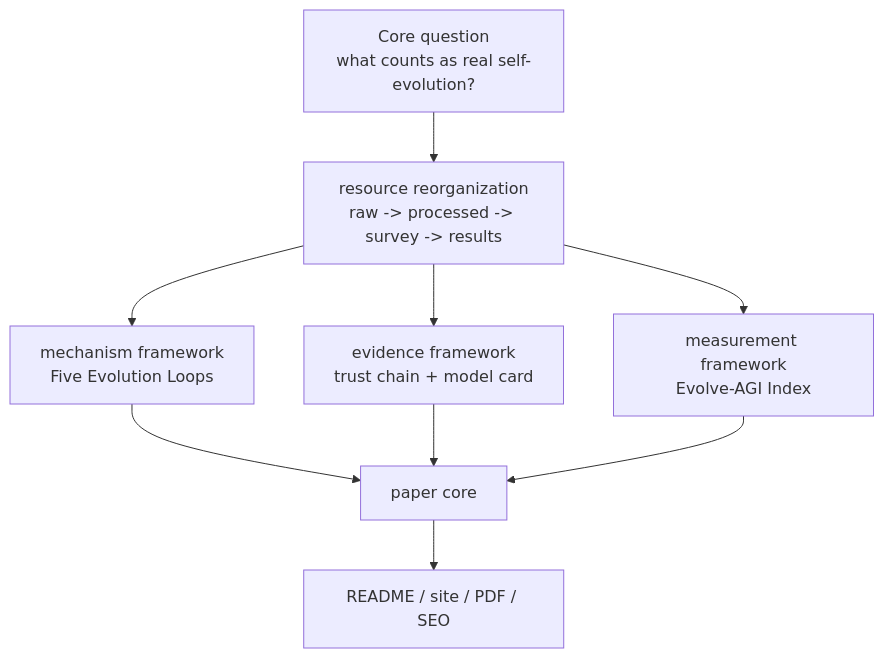
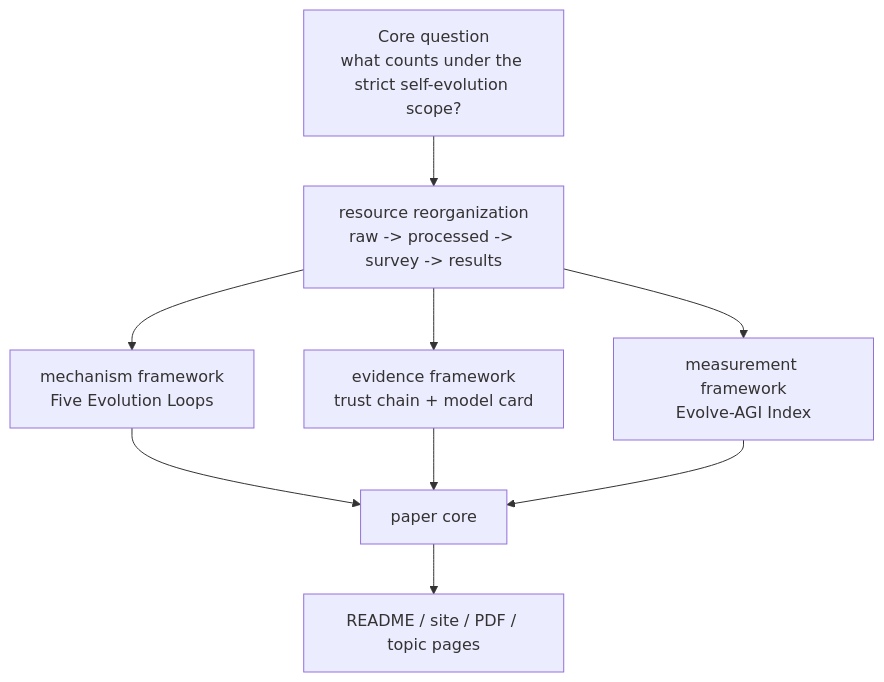
Before and after one commit to Shiyao-Huang/awesome-agent-evolution: the second of 2 diagrams in README-EN.md, drawn with Mermaid. The commit also changed other lines of this file and 42 other files, not shown here.

````diff
--- a/README-EN.md
+++ b/README-EN.md
@@ -112,11 +126,11 @@
 ```mermaid
 flowchart TB
-  Q["Core question<br/>what counts as real self-evolution?"] --> A["resource reorganization<br/>raw -> processed -> survey -> results"]
+  Q["Core question<br/>what counts under the strict self-evolution scope?"] --> A["resource reorganization<br/>raw -> processed -> survey -> results"]
   A --> B["mechanism framework<br/>Five Evolution Loops"]
   A --> C["evidence framework<br/>trust chain + model card"]
   A --> D["measurement framework<br/>Evolve-AGI Index"]
   B --> P["paper core"]
   C --> P
   D --> P
-  P --> R["README / site / PDF / SEO"]
+  P --> R["README / site / PDF / topic pages"]
 ```
````
